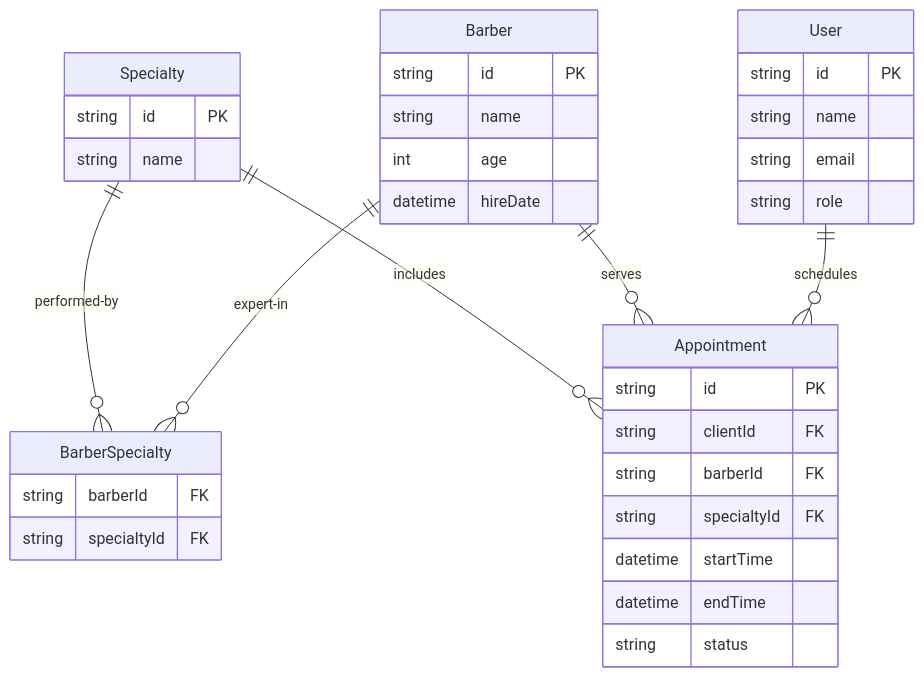
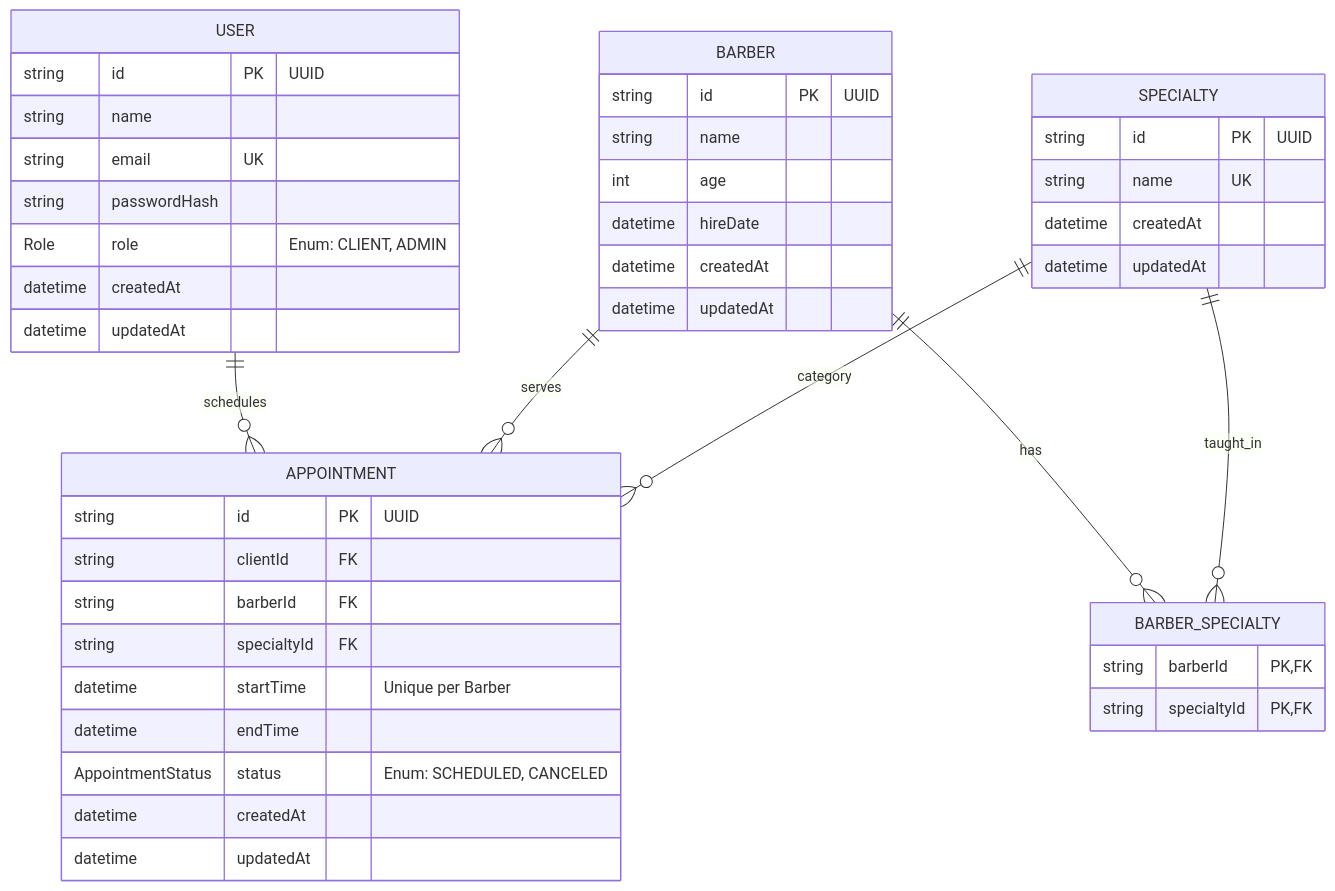
Before and after one commit to Z0KER/ClickBeard_Flavio: the diagram in DER.md, drawn with Mermaid. The commit also changed other lines of this file, not shown here.

Commit message:
docs: update DER.md to match Prisma schema with updated entity attributes and constraints

````diff
--- a/DER.md
+++ b/DER.md
@@ -5,42 +5,51 @@
 ```mermaid
 erDiagram
-    Barber ||--o{ BarberSpecialty : expert-in
-    Specialty ||--o{ BarberSpecialty : performed-by
-    User ||--o{ Appointment : schedules
-    Barber ||--o{ Appointment : serves
-    Specialty ||--o{ Appointment : includes
+    USER ||--o{ APPOINTMENT : "schedules"
+    BARBER ||--o{ APPOINTMENT : "serves"
+    SPECIALTY ||--o{ APPOINTMENT : "category"
+    BARBER ||--o{ BARBER_SPECIALTY : "has"
+    SPECIALTY ||--o{ BARBER_SPECIALTY : "taught_in"
 
-    User {
-        string id PK
+    USER {
+        string id PK "UUID"
         string name
-        string email
-        string role
+        string email UK
+        string passwordHash
+        Role role "Enum: CLIENT, ADMIN"
+        datetime createdAt
+        datetime updatedAt
     }
 
-    Barber {
-        string id PK
+    BARBER {
+        string id PK "UUID"
         string name
         int age
         datetime hireDate
+        datetime createdAt
+        datetime updatedAt
     }
 
-    Specialty {
-        string id PK
-        string name
+    SPECIALTY {
+        string id PK "UUID"
+        string name UK
+        datetime createdAt
+        datetime updatedAt
     }
 
-    BarberSpecialty {
-        string barberId FK
-        string specialtyId FK
+    BARBER_SPECIALTY {
+        string barberId PK, FK
+        string specialtyId PK, FK
     }
 
-    Appointment {
-        string id PK
+    APPOINTMENT {
+        string id PK "UUID"
         string clientId FK
         string barberId FK
         string specialtyId FK
-        datetime startTime
+        datetime startTime "Unique per Barber"
         datetime endTime
-        string status
+        AppointmentStatus status "Enum: SCHEDULED, CANCELED"
+        datetime createdAt
+        datetime updatedAt
     }
 ```
````
